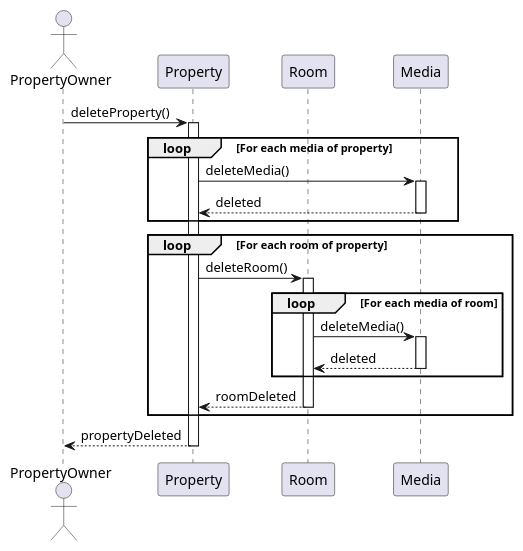
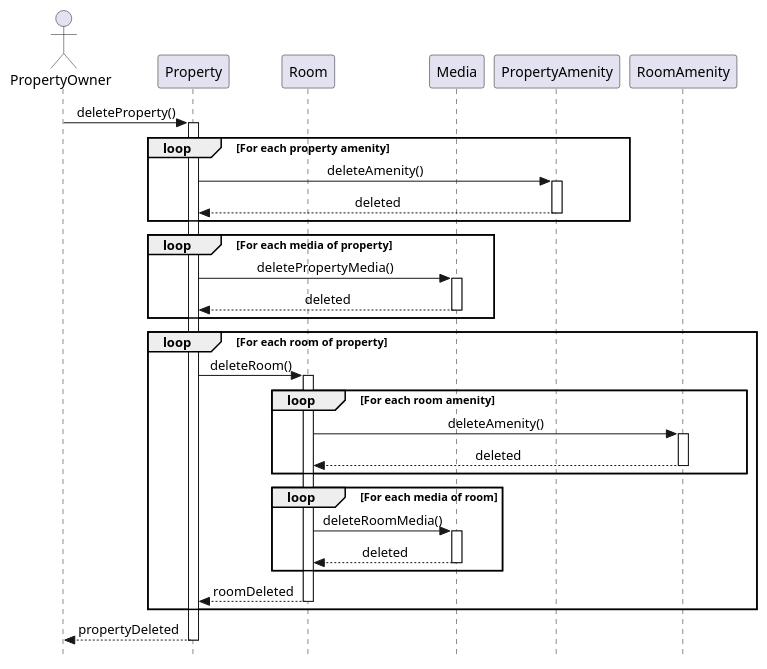
The diagram in docs/plantuml/analisi/sequence_delete_property.puml (Formola/progettazione-hotel), drawn with PlantUML before and after one commit. The commit also changed 12 other files, not shown here.

Commit message:
Aggiorna diagrammi e file generati analisi

```diff
--- a/docs/plantuml/analisi/sequence_delete_property.puml
+++ b/docs/plantuml/analisi/sequence_delete_property.puml
@@ -1,40 +1,60 @@
-@startuml sequence_delete_property
-actor PropertyOwner
+@startuml sequence_delete_property_final
+skinparam style strictuml
+skinparam sequenceMessageAlign center
 
-participant PropertyOwner
-participant Property
-participant Room
-participant Media
+actor PropertyOwner as Owner
+participant Property as Prop
+participant Room as R
+participant Media as M
+participant PropertyAmenity as PA
+participant RoomAmenity as RA
 
-' Inizio delete property
-PropertyOwner -> Property: deleteProperty()
-activate Property
+' --- Delete Property triggered by Owner ---
+Owner -> Prop: deleteProperty()
+activate Prop
 
-' Eliminazione media associati alla property
-loop For each media of property
-    Property -> Media: deleteMedia()
-    activate Media
-    Media --> Property: deleted
-    deactivate Media
+' --- Delete Property Amenities ---
+loop For each property amenity
+    Prop -> PA: deleteAmenity()
+    activate PA
+    PA --> Prop: deleted
+    deactivate PA
 end
 
-' Eliminazione stanze associate e dei loro media
+' --- Delete Property Media ---
+loop For each media of property
+    Prop -> M: deletePropertyMedia()
+    activate M
+    M --> Prop: deleted
+    deactivate M
+end
+
+' --- Delete Rooms ---
 loop For each room of property
-    Property -> Room: deleteRoom()
-    activate Room
+    Prop -> R: deleteRoom()
+    activate R
 
-    loop For each media of room
-        Room -> Media: deleteMedia()
-        activate Media
-        Media --> Room: deleted
-        deactivate Media
+    ' Delete Room Amenities
+    loop For each room amenity
+        R -> RA: deleteAmenity()
+        activate RA
+        RA --> R: deleted
+        deactivate RA
     end
 
-    Room --> Property: roomDeleted
-    deactivate Room
+    ' Delete Room Media
+    loop For each media of room
+        R -> M: deleteRoomMedia()
+        activate M
+        M --> R: deleted
+        deactivate M
+    end
+
+    R --> Prop: roomDeleted
+    deactivate R
 end
 
-' Eliminazione della property stessa
-Property --> PropertyOwner: propertyDeleted
-deactivate Property
+' --- Finalize ---
+Prop --> Owner: propertyDeleted
+deactivate Prop
 @enduml
```
